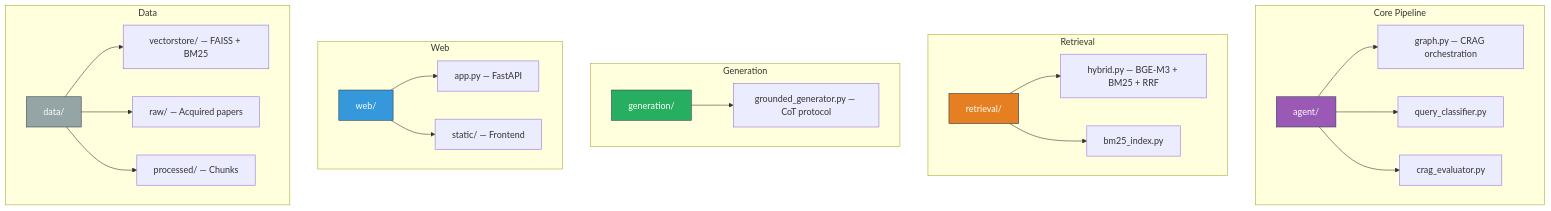
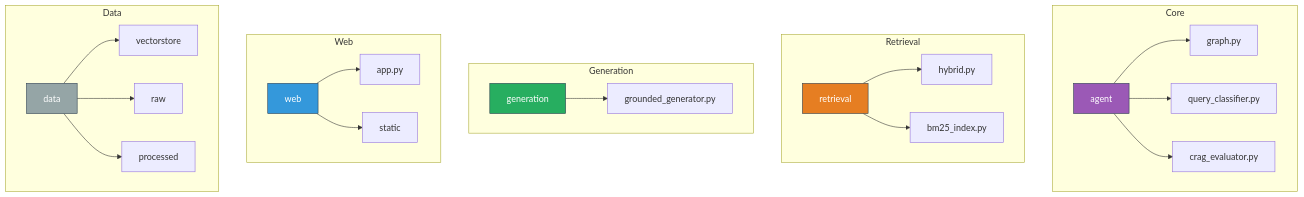
One commit to yughiyami/rag_medicinal_plants changed the eighth of 8 diagrams in README.md. Above: the diagram before and after it, drawn with Mermaid. The commit also changed other lines of this file, not shown here.

Commit message:
fix: use ASCII-only chars in Mermaid diagrams for GitHub rendering

````diff
--- a/README.md
+++ b/README.md
@@ -323,34 +307,34 @@
 ```mermaid
 graph TD
-    subgraph "Core Pipeline"
-        AG["agent/"] --> GR["graph.py — CRAG orchestration"]
-        AG --> QC["query_classifier.py"]
-        AG --> CE["crag_evaluator.py"]
+    subgraph Core
+        AG[agent] --> GR[graph.py]
+        AG --> QC[query_classifier.py]
+        AG --> CE[crag_evaluator.py]
     end
 
-    subgraph "Retrieval"
-        RT["retrieval/"] --> HY["hybrid.py — BGE-M3 + BM25 + RRF"]
-        RT --> BM["bm25_index.py"]
+    subgraph Retrieval
+        RT[retrieval] --> HY[hybrid.py]
+        RT --> BM[bm25_index.py]
     end
 
-    subgraph "Generation"
-        GN["generation/"] --> GG["grounded_generator.py — CoT protocol"]
+    subgraph Generation
+        GN[generation] --> GG[grounded_generator.py]
     end
 
-    subgraph "Web"
-        WB["web/"] --> AP["app.py — FastAPI"]
-        WB --> ST["static/ — Frontend"]
+    subgraph Web
+        WB[web] --> AP[app.py]
+        WB --> ST[static]
     end
 
-    subgraph "Data"
-        DT["data/"] --> VEC["vectorstore/ — FAISS + BM25"]
-        DT --> RAW["raw/ — Acquired papers"]
-        DT --> PRO["processed/ — Chunks"]
+    subgraph Data
+        DT[data] --> VEC[vectorstore]
+        DT --> RAW[raw]
+        DT --> PRO[processed]
     end
 
     style AG fill:#9b59b6,stroke:#2c3e50,color:#fff
     style RT fill:#e67e22,stroke:#2c3e50,color:#fff
     style GN fill:#27ae60,stroke:#2c3e50,color:#fff
     style WB fill:#3498db,stroke:#2c3e50,color:#fff
     style DT fill:#95a5a6,stroke:#2c3e50,color:#fff
 ```
````
